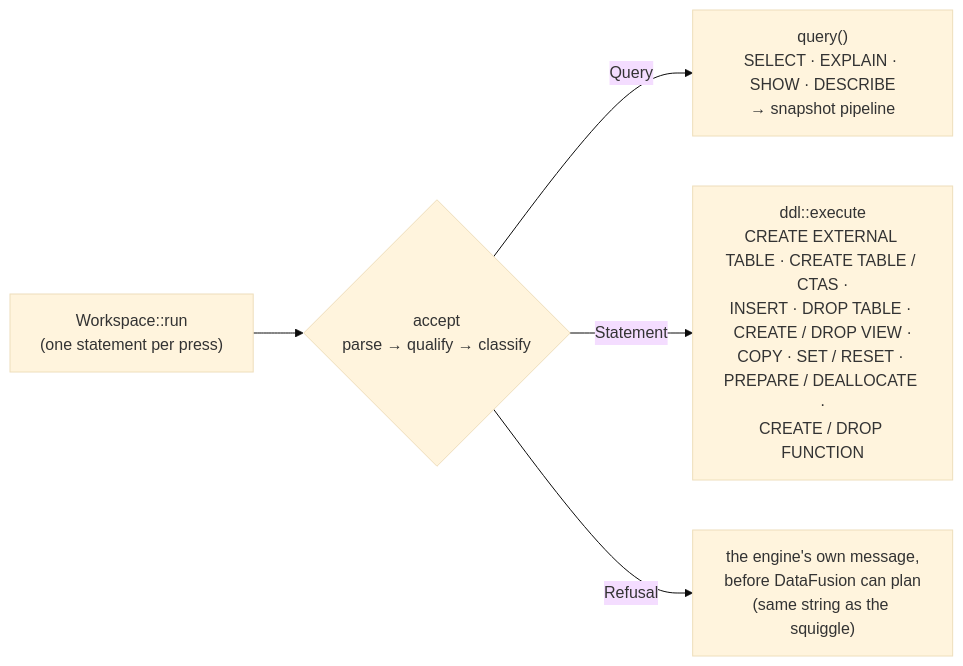
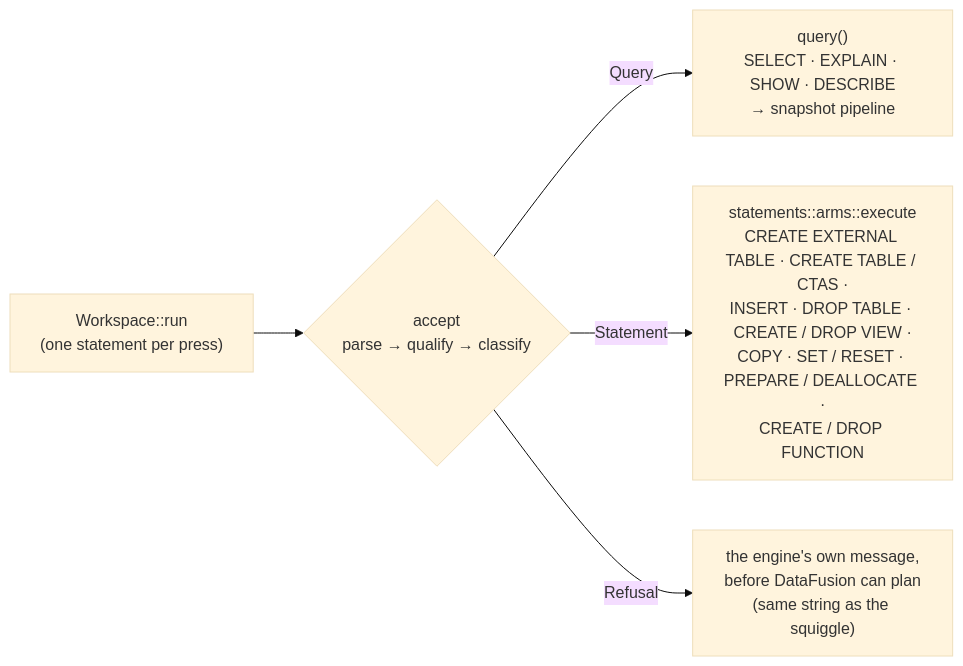
The second of 2 diagrams in docs/ARCHITECTURE.md (alexparlett/strata), drawn with Mermaid (base theme) before and after one commit. The commit also changed other lines of this file and 38 other files, not shown here.

````diff
--- a/docs/ARCHITECTURE.md
+++ b/docs/ARCHITECTURE.md
@@ -121,7 +121,7 @@
 ```mermaid
 flowchart LR
     RUN["Workspace::run<br/>(one statement per press)"] --> C{"accept<br/>parse → qualify → classify"}
     C -->|Query| Q["query()<br/>SELECT · EXPLAIN · SHOW · DESCRIBE<br/>→ snapshot pipeline"]
-    C -->|Statement| I["ddl::execute<br/>CREATE EXTERNAL TABLE · CREATE TABLE / CTAS ·<br/>INSERT · DROP TABLE · CREATE / DROP VIEW ·<br/>COPY · SET / RESET · PREPARE / DEALLOCATE ·<br/>CREATE / DROP FUNCTION"]
+    C -->|Statement| I["statements::arms::execute<br/>CREATE EXTERNAL TABLE · CREATE TABLE / CTAS ·<br/>INSERT · DROP TABLE · CREATE / DROP VIEW ·<br/>COPY · SET / RESET · PREPARE / DEALLOCATE ·<br/>CREATE / DROP FUNCTION"]
     C -->|Refusal| R["the engine's own message,<br/>before DataFusion can plan<br/>(same string as the squiggle)"]
 ```
````
